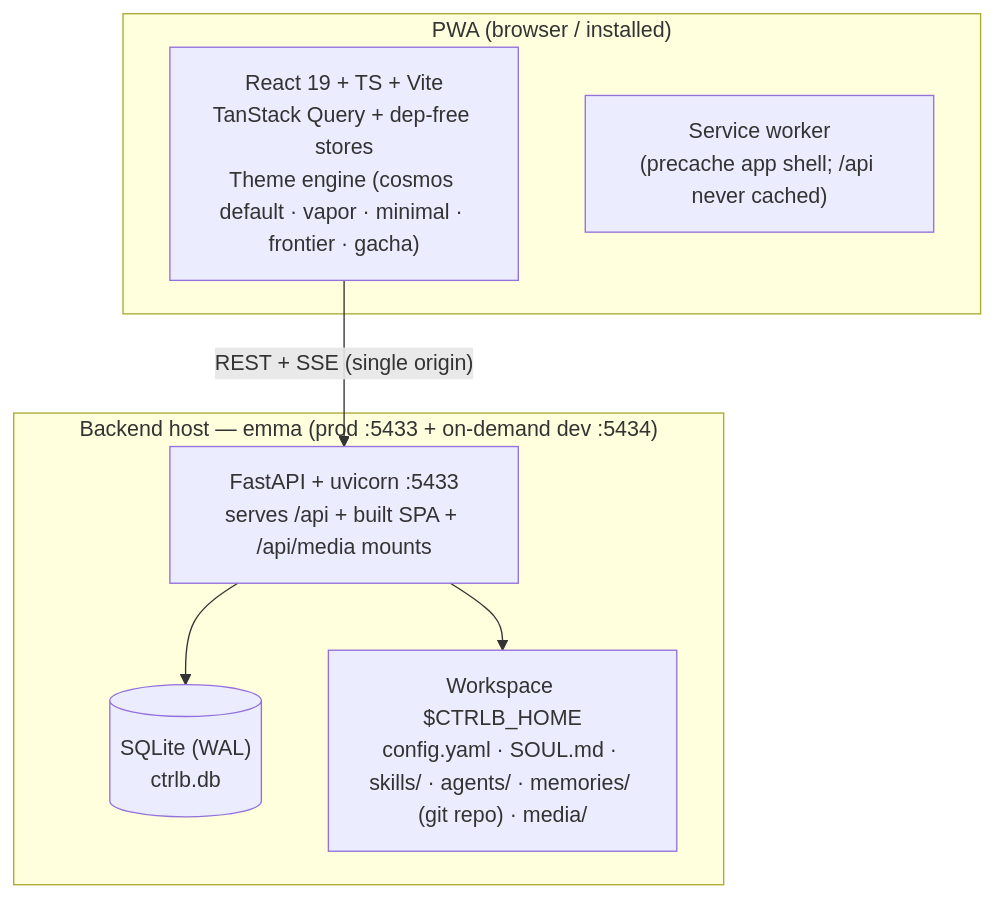
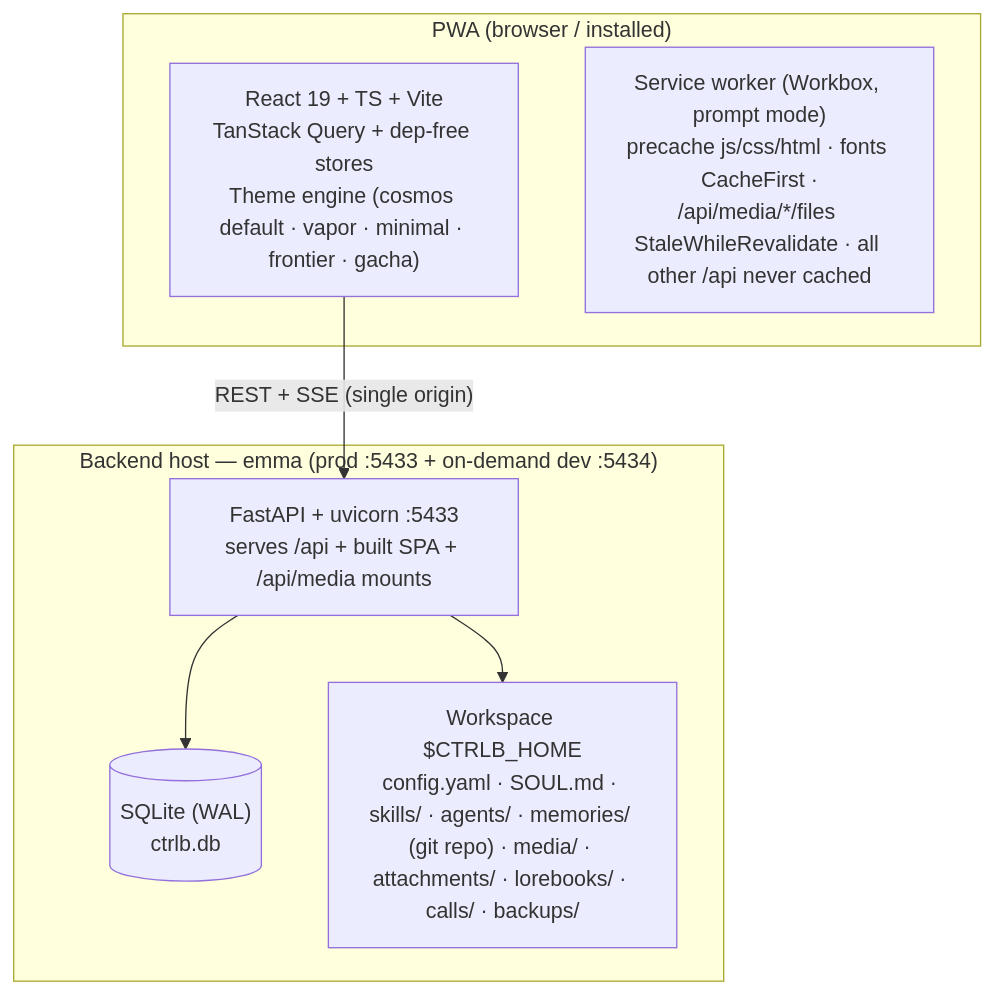
Before and after one commit to nengoxx/ctrl-b: the second of 11 diagrams in docs/SPEC.md, drawn with Mermaid. The commit also changed other lines of this file and 38 other files, not shown here.

````diff
--- a/docs/SPEC.md
+++ b/docs/SPEC.md
@@ -84,17 +84,17 @@
 ```mermaid
 flowchart TB
     subgraph client["PWA (browser / installed)"]
         react["React 19 + TS + Vite\nTanStack Query + dep-free stores\nTheme engine (cosmos default · vapor · minimal · frontier · gacha)"]
-        sw["Service worker\n(precache app shell; /api never cached)"]
+        sw["Service worker (Workbox, prompt mode)\nprecache js/css/html · fonts CacheFirst ·\n/api/media/*/files StaleWhileRevalidate · all other /api never cached"]
     end
 
     subgraph server["Backend host — emma (prod :5433 + on-demand dev :5434)"]
         api["FastAPI + uvicorn :5433\nserves /api + built SPA + /api/media mounts"]
         db[("SQLite (WAL)\nctrlb.db")]
-        ws["Workspace $CTRLB_HOME\nconfig.yaml · SOUL.md · skills/ · agents/ · memories/ (git repo) · media/"]
+        ws["Workspace $CTRLB_HOME\nconfig.yaml · SOUL.md · skills/ · agents/ · memories/ (git repo) · media/ · attachments/ · lorebooks/ · calls/ · backups/"]
     end
 
     react -->|"REST + SSE (single origin)"| api
     api --> db
     api --> ws
 ```
````
